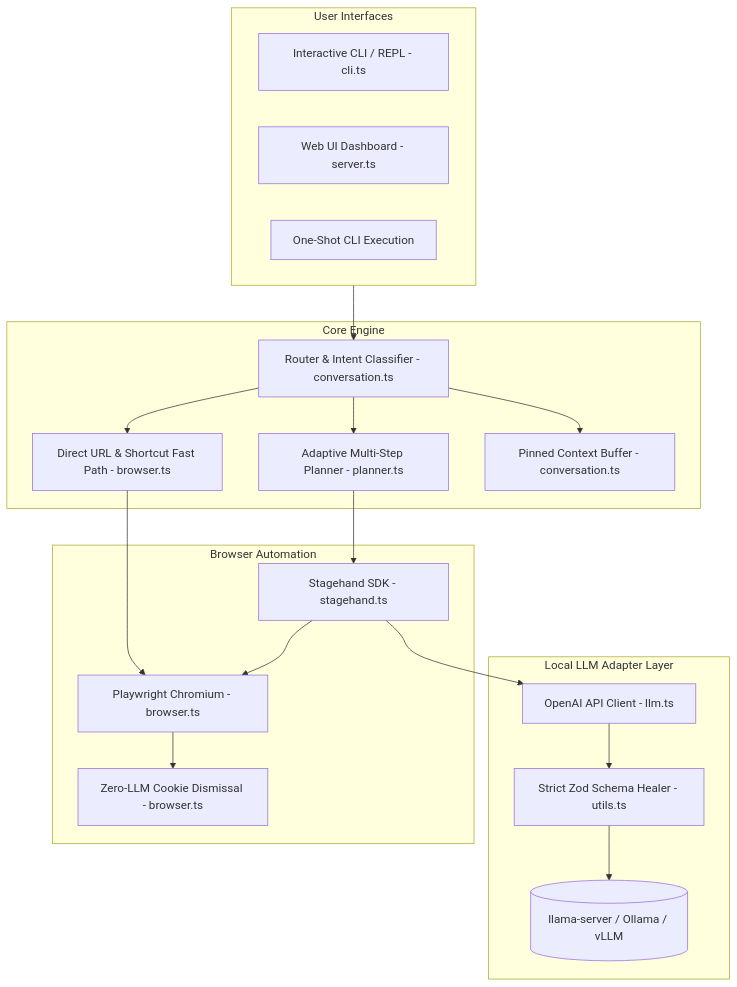
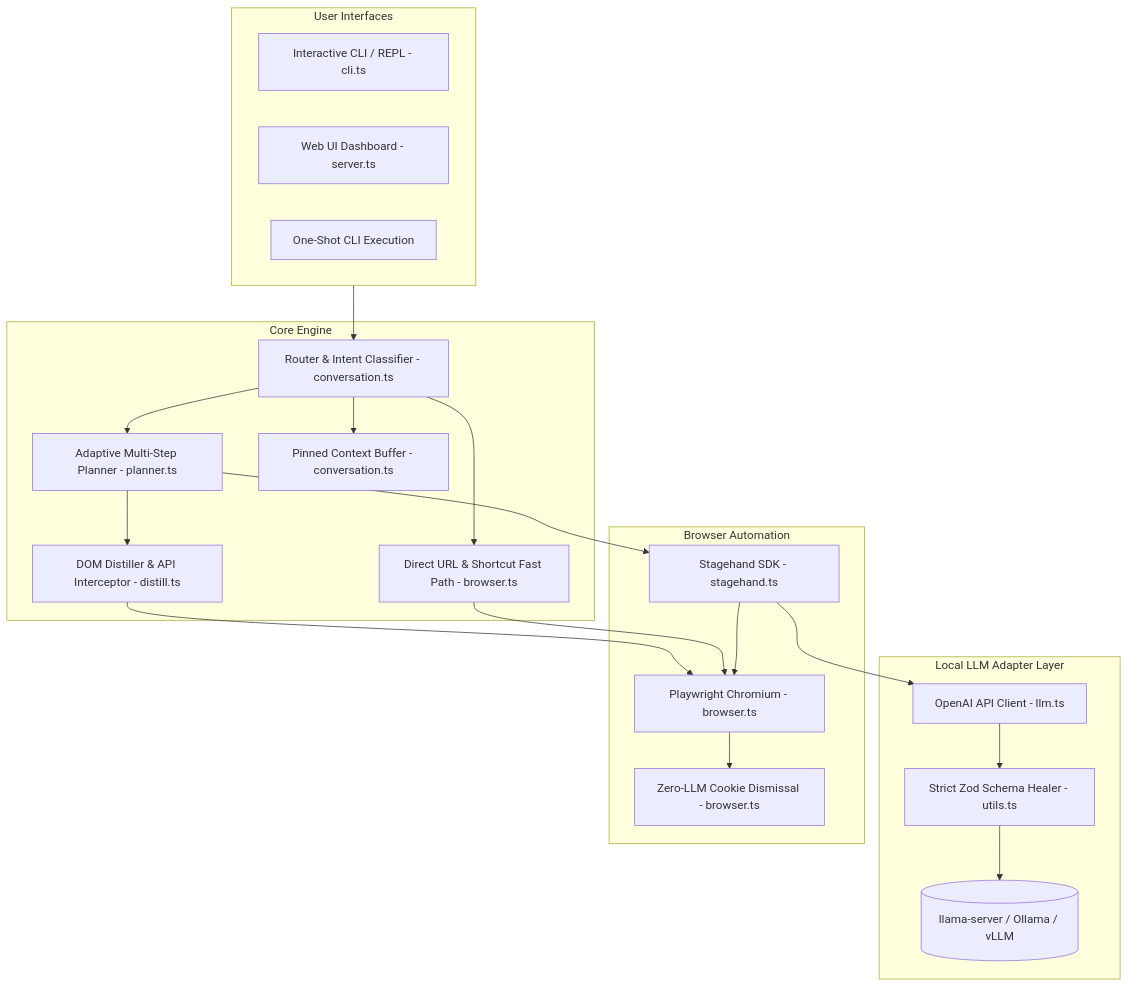
Before and after one commit to Py528/stagehand-local: the diagram in README.md, drawn with Mermaid. The commit also changed other lines of this file and 3 other files, not shown here.

Commit message:
feat: add DOM distillation, SPA API interception, fast extraction, and fix Stagehand Page RPC listener

````diff
--- a/README.md
+++ b/README.md
@@ -66,41 +67,44 @@
 ```mermaid
 flowchart TD
     subgraph UI_Layer [User Interfaces]
         CLI[Interactive CLI / REPL - cli.ts]
         WebUI[Web UI Dashboard - server.ts]
         OneShot[One-Shot CLI Execution]
     end
 
     subgraph Core_Engine [Core Engine]
         Router[Router & Intent Classifier - conversation.ts]
         Planner[Adaptive Multi-Step Planner - planner.ts]
         FastPath[Direct URL & Shortcut Fast Path - browser.ts]
         Mem[Pinned Context Buffer - conversation.ts]
+        Distill[DOM Distiller & API Interceptor - distill.ts]
     end
 
     subgraph LLM_Adapter [Local LLM Adapter Layer]
         LLMAdapter[OpenAI API Client - llm.ts]
         ZodHealer[Strict Zod Schema Healer - utils.ts]
         LlamaServer[(llama-server / Ollama / vLLM)]
     end
 
     subgraph Browser_Layer [Browser Automation]
         StagehandSDK[Stagehand SDK - stagehand.ts]
         Playwright[Playwright Chromium - browser.ts]
         DOMScanner[Zero-LLM Cookie Dismissal - browser.ts]
     end
 
     UI_Layer --> Router
     Router --> Planner
     Router --> FastPath
     Router --> Mem
 
+    Planner --> Distill
+    Distill --> Playwright
     Planner --> StagehandSDK
     FastPath --> Playwright
     StagehandSDK --> LLMAdapter
     LLMAdapter --> ZodHealer
     ZodHealer --> LlamaServer
 
     StagehandSDK --> Playwright
     Playwright --> DOMScanner
 ```
````
